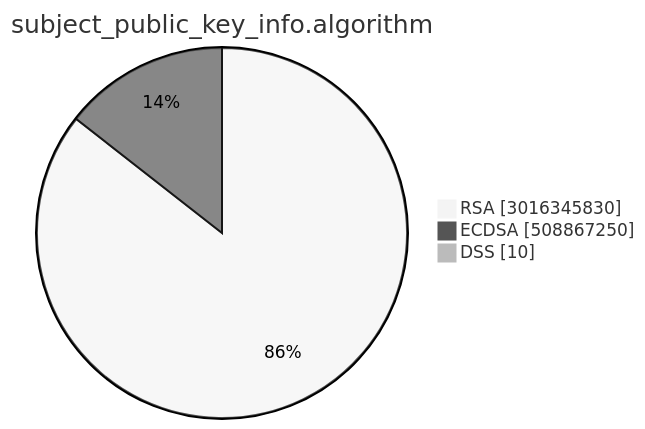
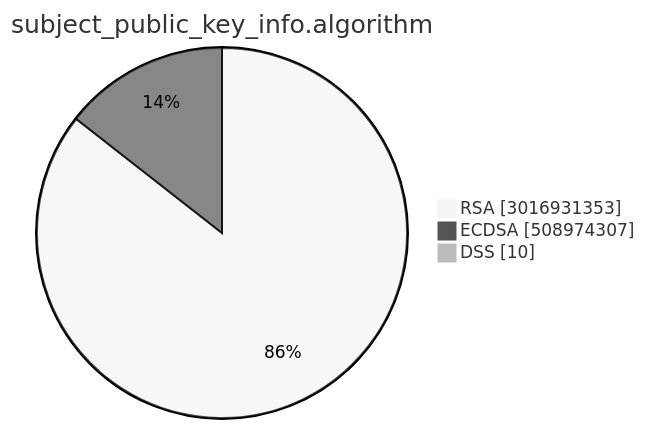
One commit to christiankrug/ctmonitor_visualization changed the second of 15 diagrams in TOTAL/README.md. Above: the diagram before and after it, drawn with Mermaid (neutral theme). The commit also changed other lines of this file, not shown here.

````diff
--- a/TOTAL/README.md
+++ b/TOTAL/README.md
@@ -6,7 +6,7 @@
 ```mermaid
 pie showData
 title subject_public_key_info.algorithm
-"RSA" :3016345830
-"ECDSA" :508867250
+"RSA" :3016931353
+"ECDSA" :508974307
 "DSS" :10
 ```
````
